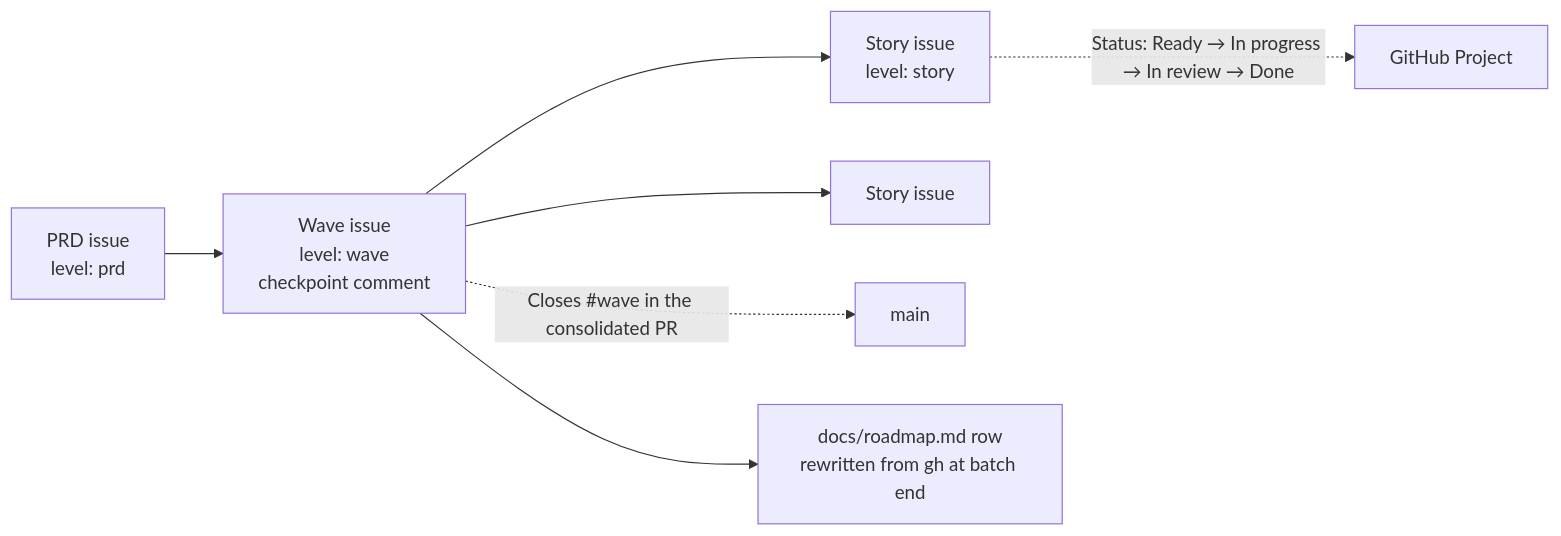
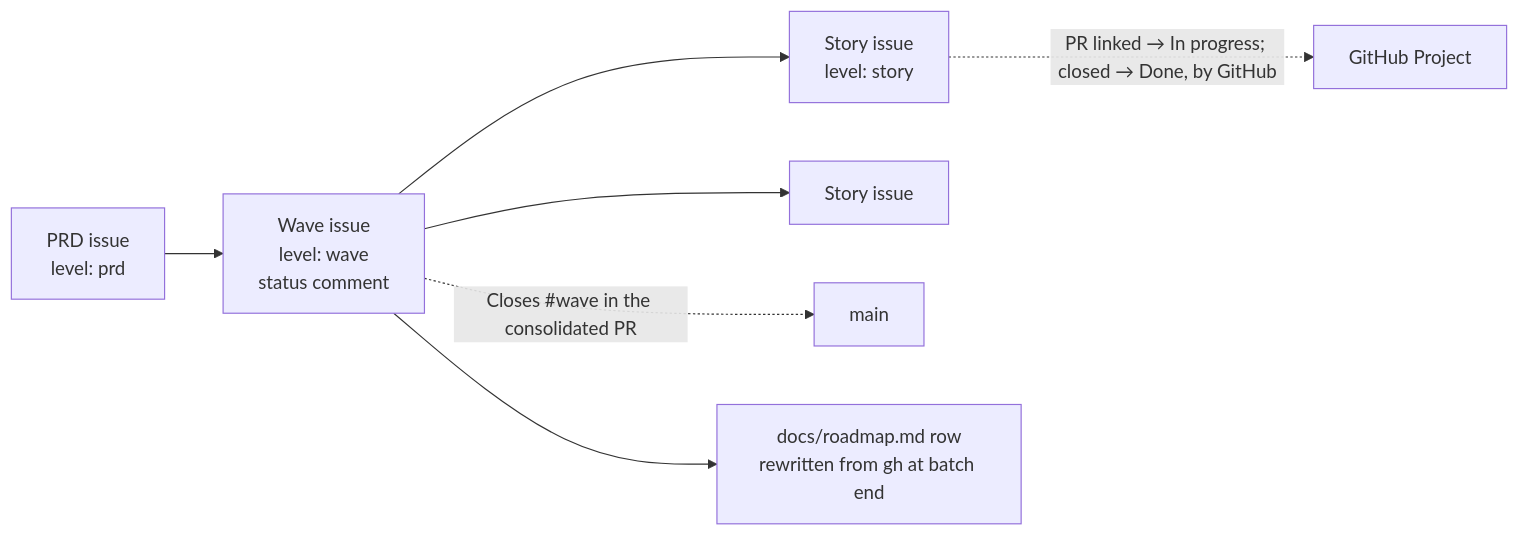
Before and after one commit to llipe/dev-tasks: the diagram in docs/requirements/prd-projects-tracking.md, drawn with Mermaid. The commit also changed other lines of this file and 2 other files, not shown here.

First line of the commit message:
docs(prd): projects-tracking v1.2, native status model and status comments

````diff
--- a/docs/requirements/prd-projects-tracking.md
+++ b/docs/requirements/prd-projects-tracking.md
@@ -18,9 +19,9 @@
 ```mermaid
 graph LR
-  P["PRD issue<br/>level: prd"] --> W["Wave issue<br/>level: wave<br/>checkpoint comment"]
+  P["PRD issue<br/>level: prd"] --> W["Wave issue<br/>level: wave<br/>status comment"]
   W --> S1["Story issue<br/>level: story"]
   W --> S2["Story issue"]
-  S1 -. "Status: Ready → In progress → In review → Done" .-> PJ["GitHub Project"]
+  S1 -. "PR linked → In progress; closed → Done, by GitHub" .-> PJ["GitHub Project"]
   W -. "Closes #wave in the consolidated PR" .-> M["main"]
   W --> R["docs/roadmap.md row<br/>rewritten from gh at batch end"]
 ```
````
